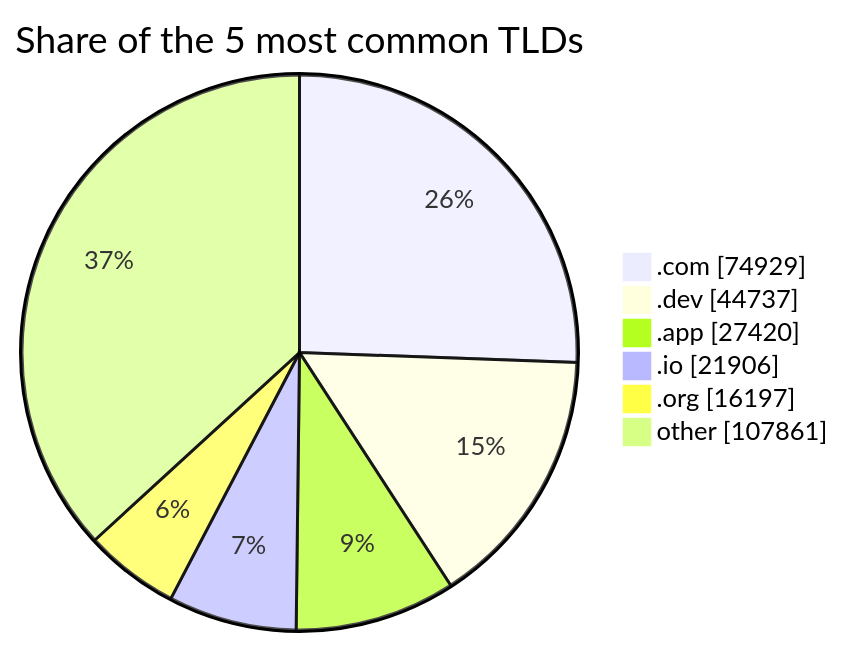
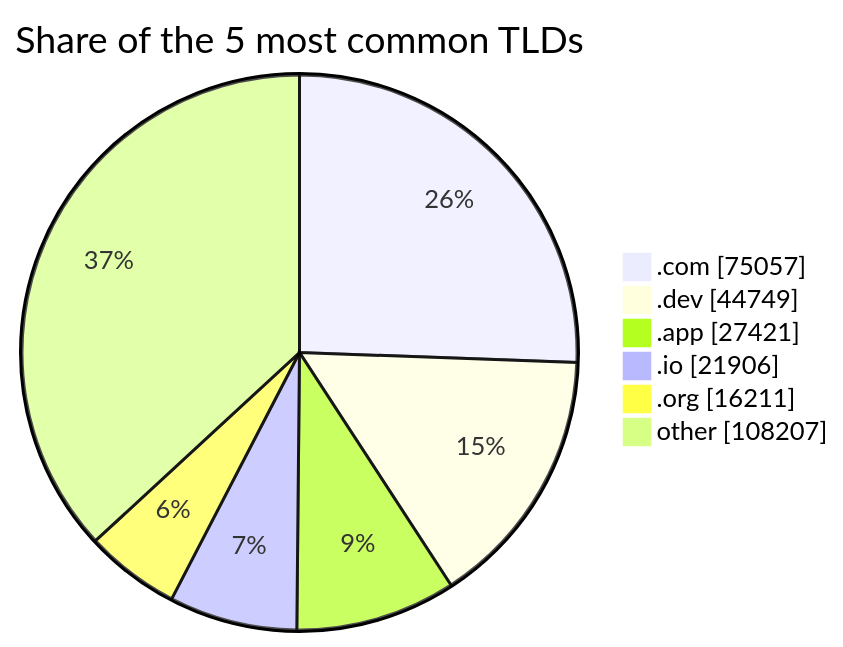
One commit to DNSBunker/CTI changed the third of 3 diagrams in README.md. Above: the diagram before and after it, drawn with Mermaid. The commit also changed other lines of this file and 3 other files, not shown here.

````diff
--- a/README.md
+++ b/README.md
@@ -81,9 +81,9 @@
 ```mermaid
 pie showData title Share of the 5 most common TLDs
-    ".com" : 74929
-    ".dev" : 44737
-    ".app" : 27420
+    ".com" : 75057
+    ".dev" : 44749
+    ".app" : 27421
     ".io" : 21906
-    ".org" : 16197
-    "other" : 107861
+    ".org" : 16211
+    "other" : 108207
 ```
````
